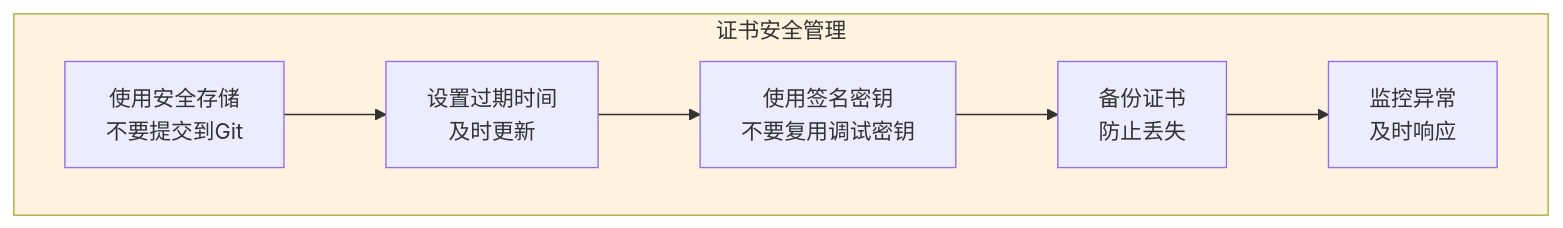
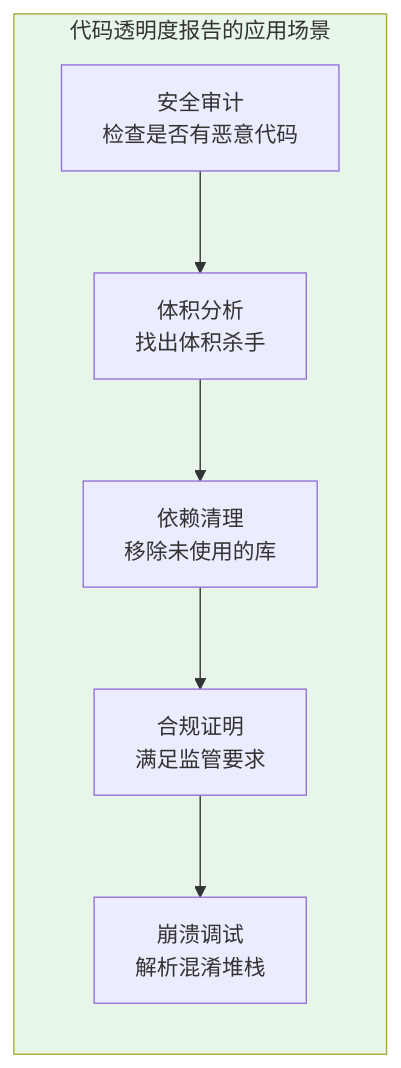
Before and after one commit to Carrie-L/carrie-l.github.io: the third of 5 diagrams in AndroidDeveloperGuideStory/Contents/vol21/21.1.91 捆绑代码透明度.md, drawn with Mermaid. The commit also changed other lines of this file, not shown here.

````diff
--- a/AndroidDeveloperGuideStory/Contents/vol21/21.1.91 捆绑代码透明度.md
+++ b/AndroidDeveloperGuideStory/Contents/vol21/21.1.91 捆绑代码透明度.md
@@ -385,11 +197,13 @@
 ```mermaid
-flowchart TB
-    subgraph CertSecurity["证书安全管理"]
-        S1[使用安全存储<br/>不要提交到Git] --> S2[设置过期时间<br/>及时更新]
-        S2 --> S3[使用签名密钥<br/>不要复用调试密钥]
-        S3 --> S4[备份证书<br/>防止丢失]
-        S4 --> S5[监控异常<br/>及时响应]
+flowchart LR
+    subgraph UseCases["代码透明度报告的应用场景"]
+        
+        U1[安全审计<br/>检查是否有恶意代码] --> U2[体积分析<br/>找出体积杀手]
+        U2 --> U3[依赖清理<br/>移除未使用的库]
+        U3 --> U4[合规证明<br/>满足监管要求]
+        U4 --> U5[崩溃调试<br/>解析混淆堆栈]
+        
     end
     
-    style CertSecurity fill:#fff3e0
+    style UseCases fill:#e8f5e9
 ```
````
